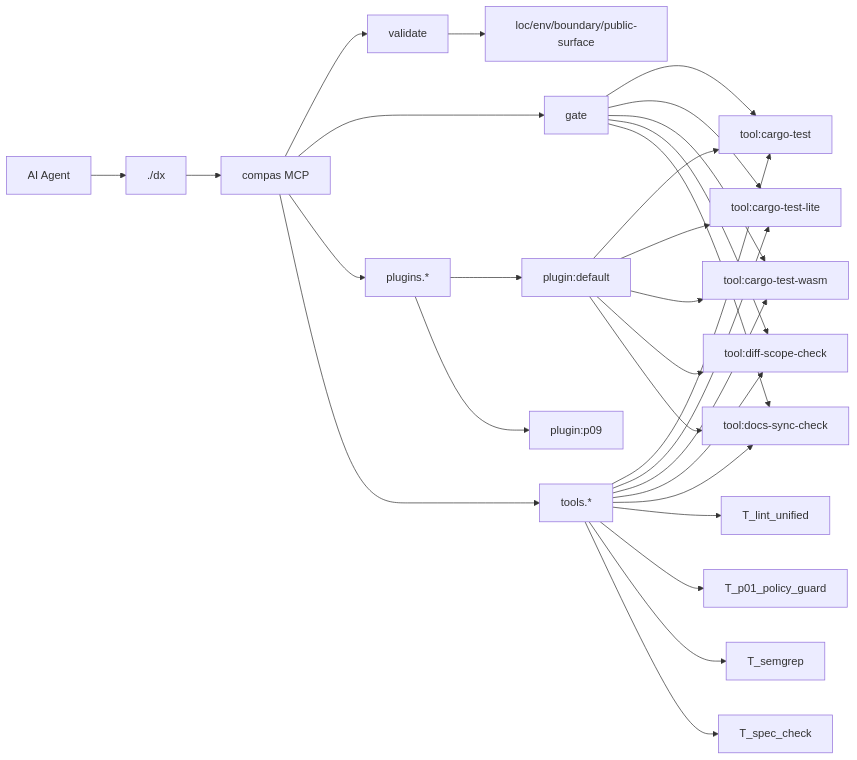
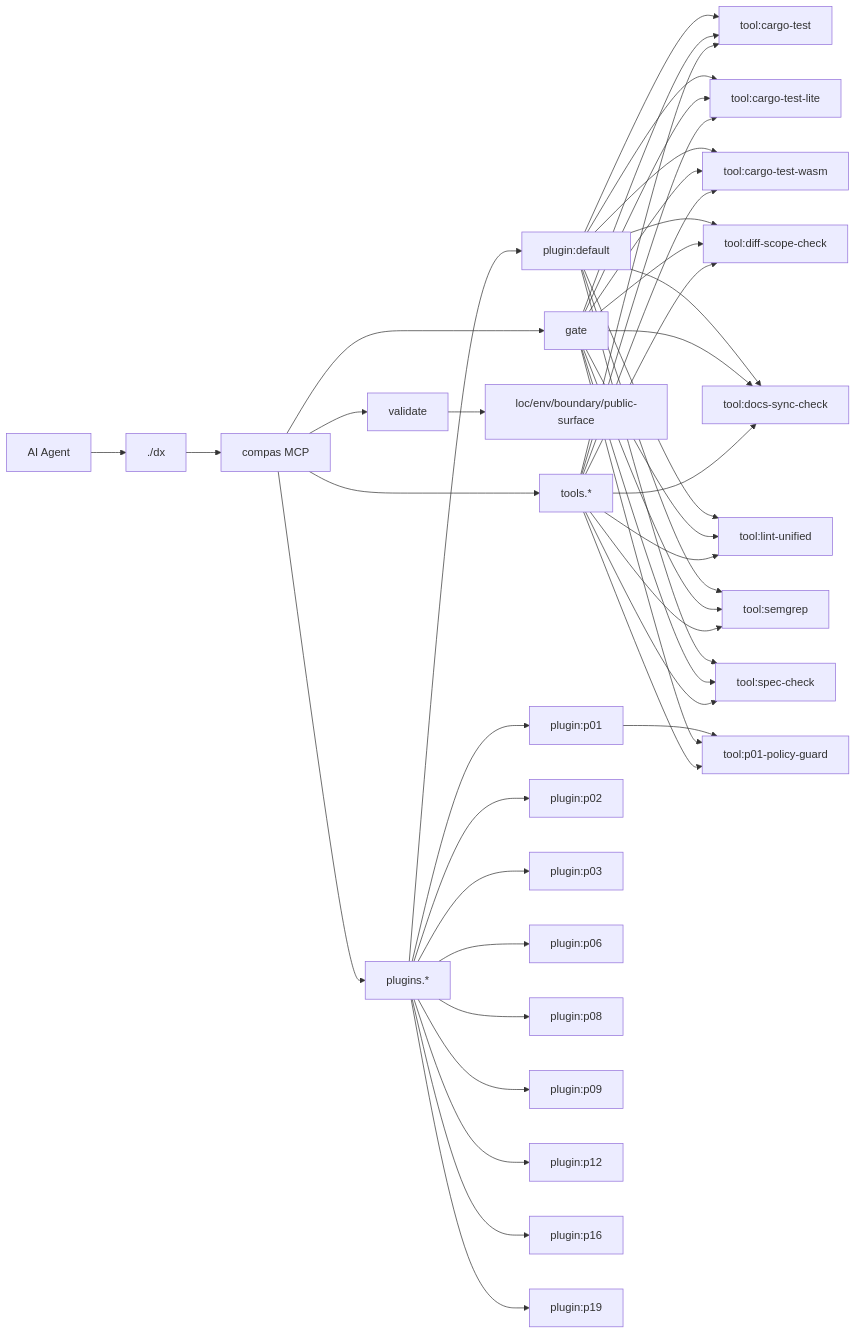
Before and after one commit to AmirTlinov/compas: the diagram in AGENTS.md, drawn with Mermaid. The commit also changed other lines of this file and 1 other file, not shown here.

Commit message:
chore: rebase feat/p09-e2e-run_20260221_183716 on main and sync docs

````diff
--- a/AGENTS.md
+++ b/AGENTS.md
@@ -56,31 +64,47 @@
 ```mermaid
 flowchart LR
   Agent[AI Agent] --> DX[./dx]
   DX --> MCP[compas MCP]
   MCP --> V[validate]
   MCP --> G[gate]
   MCP --> PL[plugins.*]
   MCP --> TL[tools.*]
   V --> C1[loc/env/boundary/public-surface]
   PL --> P_default["plugin:default"]
   P_default --> T_cargo_test["tool:cargo-test"]
   G --> T_cargo_test
   P_default --> T_cargo_test_lite["tool:cargo-test-lite"]
   G --> T_cargo_test_lite
   P_default --> T_cargo_test_wasm["tool:cargo-test-wasm"]
   G --> T_cargo_test_wasm
   P_default --> T_diff_scope_check["tool:diff-scope-check"]
   G --> T_diff_scope_check
   P_default --> T_docs_sync_check["tool:docs-sync-check"]
   G --> T_docs_sync_check
+  P_default --> T_lint_unified["tool:lint-unified"]
+  G --> T_lint_unified
+  P_default --> T_semgrep["tool:semgrep"]
+  G --> T_semgrep
+  P_default --> T_spec_check["tool:spec-check"]
+  G --> T_spec_check
+  PL --> P_p01["plugin:p01"]
+  P_p01 --> T_p01_policy_guard["tool:p01-policy-guard"]
+  G --> T_p01_policy_guard
+  PL --> P_p02["plugin:p02"]
+  PL --> P_p03["plugin:p03"]
+  PL --> P_p06["plugin:p06"]
+  PL --> P_p08["plugin:p08"]
   PL --> P_p09["plugin:p09"]
+  PL --> P_p12["plugin:p12"]
+  PL --> P_p16["plugin:p16"]
+  PL --> P_p19["plugin:p19"]
   TL --> T_cargo_test
   TL --> T_cargo_test_lite
   TL --> T_cargo_test_wasm
   TL --> T_diff_scope_check
   TL --> T_docs_sync_check
   TL --> T_lint_unified
   TL --> T_p01_policy_guard
   TL --> T_semgrep
   TL --> T_spec_check
 ```
````
